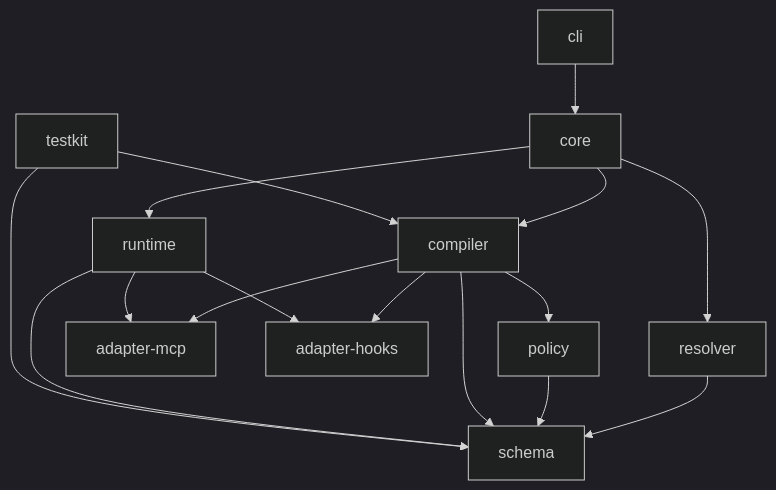
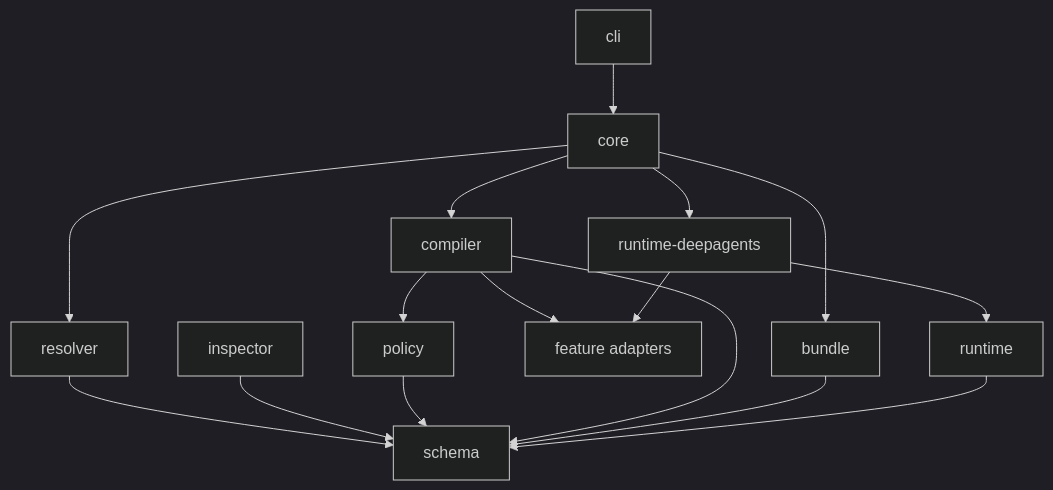
One commit to yu-iskw/deepagents-plugin-resolver-ts changed the second of 9 diagrams in RFC.md. Above: the diagram before and after it, drawn with Mermaid (dark theme). The commit also changed other lines of this file and 3 other files, not shown here.

First line of the commit message:
docs: adopt expanded v2 RFC and update architecture, compatibility, and threat-model docs

````diff
--- a/RFC.md
+++ b/RFC.md
@@ -479,29 +417,30 @@
 ```mermaid
 flowchart TD
-    Schema["schema"]
-    Policy["policy"]
-    Resolver["resolver"]
-    Compiler["compiler"]
-    MCP["adapter-mcp"]
-    Hooks["adapter-hooks"]
-    Runtime["runtime"]
-    Core["core"]
+    S["schema"]
+    R["resolver"]
+    I["inspector"]
+    P["policy"]
+    C["compiler"]
+    A["feature adapters"]
+    B["bundle"]
+    RT["runtime"]
+    D["runtime-deepagents"]
+    CORE["core"]
     CLI["cli"]
-    Testkit["testkit"]
 
-    Resolver --> Schema
-    Policy --> Schema
-    Compiler --> Schema
-    Compiler --> Policy
-    Compiler --> MCP
-    Compiler --> Hooks
-    Runtime --> Schema
-    Runtime --> MCP
-    Runtime --> Hooks
-    Core --> Resolver
-    Core --> Compiler
-    Core --> Runtime
-    CLI --> Core
-    Testkit --> Schema
-    Testkit --> Compiler
+    R --> S
+    I --> S
+    P --> S
+    C --> S
+    C --> P
+    C --> A
+    B --> S
+    RT --> S
+    D --> RT
+    D --> A
+    CORE --> R
+    CORE --> C
+    CORE --> B
+    CORE --> D
+    CLI --> CORE
 ```
````
